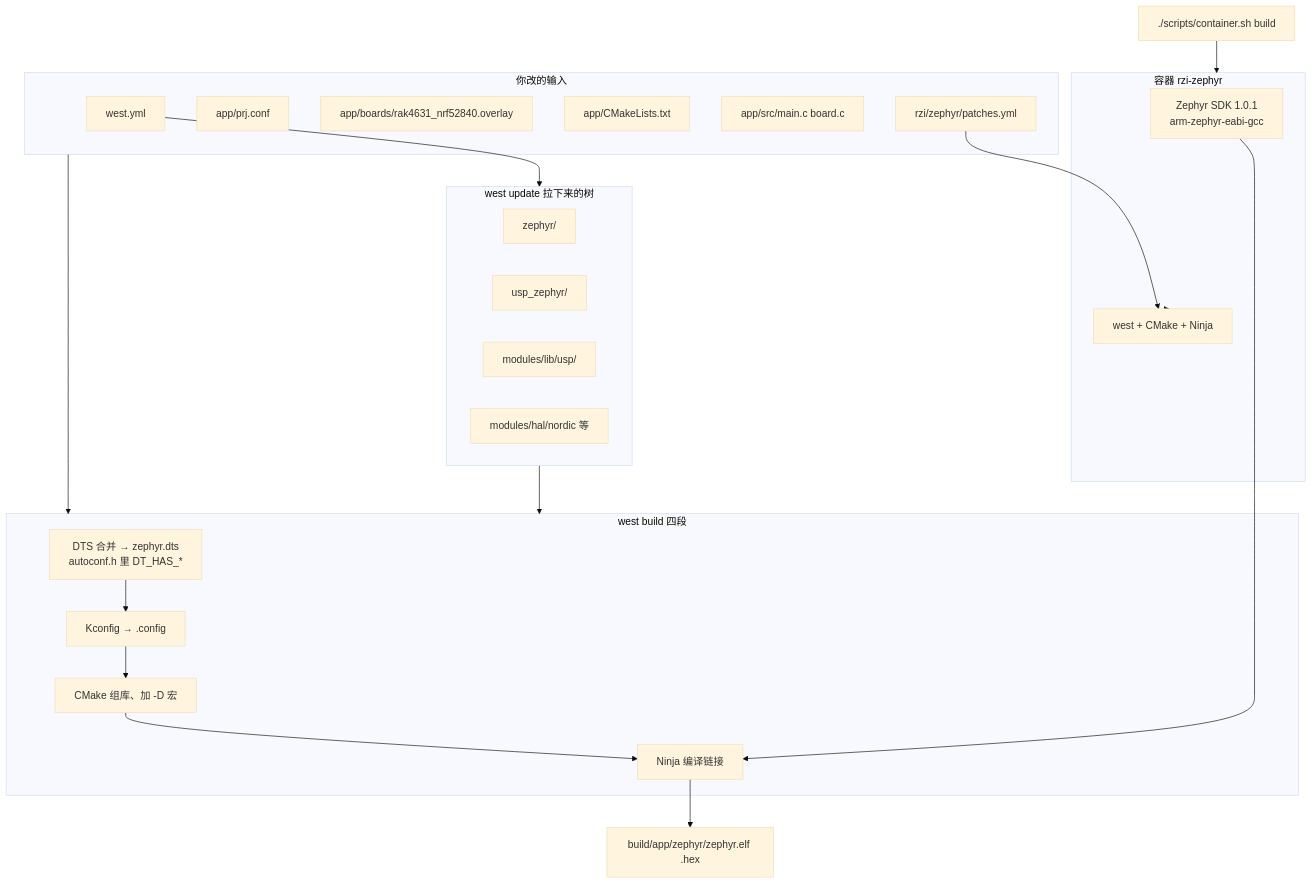
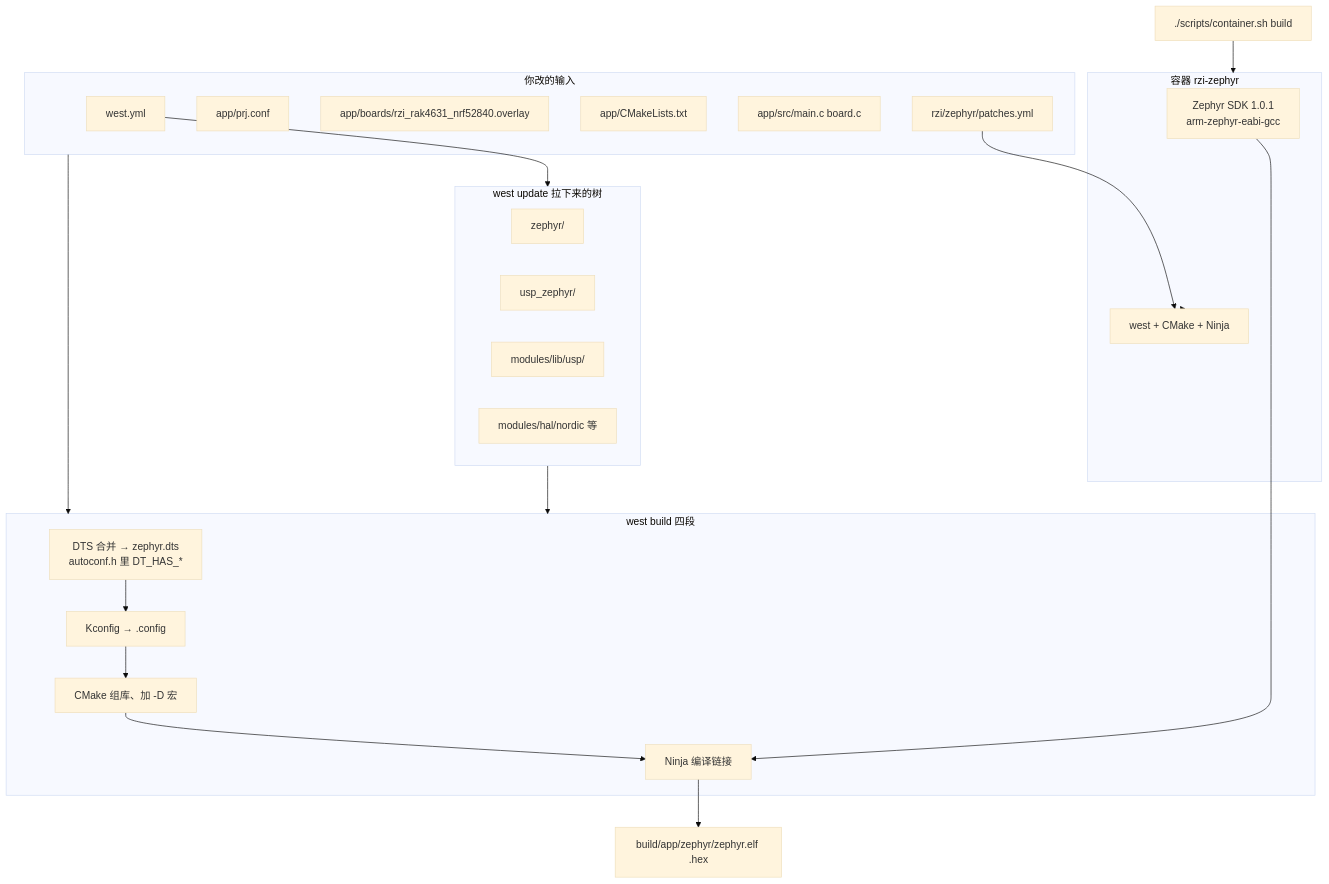
The first of 3 diagrams in doc/build-pipeline.md (DanielCao0/RZI_Example), drawn with Mermaid (base theme) before and after one commit. The commit also changed other lines of this file and 12 other files, not shown here.

First line of the commit message:
feat: target rzi_rak4631 with MCUboot sysbuild

````diff
--- a/doc/build-pipeline.md
+++ b/doc/build-pipeline.md
@@ -19,46 +19,46 @@
 ```mermaid
 flowchart TB
   cmd["./scripts/container.sh build"]
 
   subgraph docker ["容器 rzi-zephyr"]
     sdk["Zephyr SDK 1.0.1<br/>arm-zephyr-eabi-gcc"]
     west["west + CMake + Ninja"]
   end
 
   subgraph inputs ["你改的输入"]
     yml["west.yml"]
     prj["app/prj.conf"]
-    overlay["app/boards/rak4631_nrf52840.overlay"]
+    overlay["app/boards/rzi_rak4631_nrf52840.overlay"]
     cmakeApp["app/CMakeLists.txt"]
     src["app/src/main.c board.c"]
     patches["rzi/zephyr/patches.yml"]
   end
 
   subgraph trees ["west update 拉下来的树"]
     z["zephyr/"]
     uz["usp_zephyr/"]
     usp["modules/lib/usp/"]
     hal["modules/hal/nordic 等"]
   end
 
   subgraph stages ["west build 四段"]
     dts["DTS 合并 → zephyr.dts<br/>autoconf.h 里 DT_HAS_*"]
     kconf["Kconfig → .config"]
     cmake["CMake 组库、加 -D 宏"]
     ninja["Ninja 编译链接"]
   end
 
   out["build/app/zephyr/zephyr.elf .hex"]
 
   cmd --> docker
   docker --> west
   patches --> west
   yml --> trees
   inputs --> stages
   trees --> stages
   sdk --> ninja
   dts --> kconf
   kconf --> cmake
   cmake --> ninja
   ninja --> out
 ```
````
